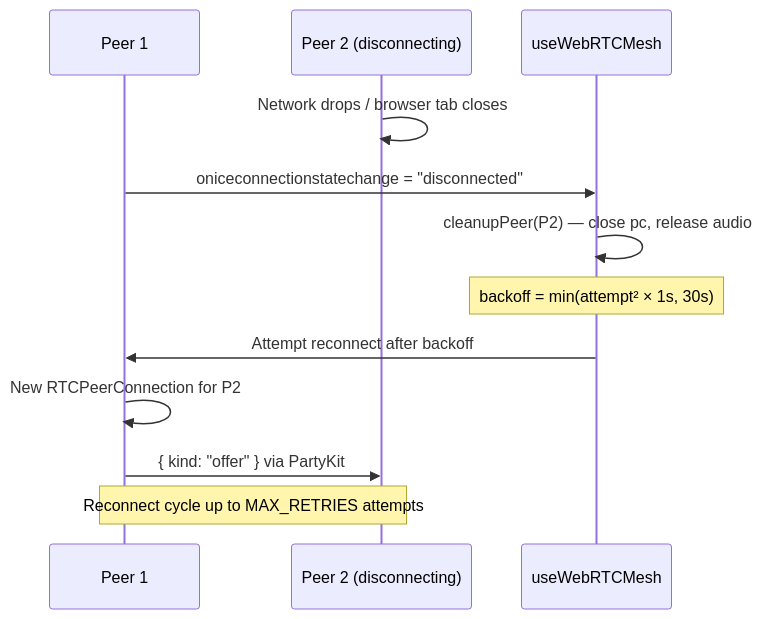
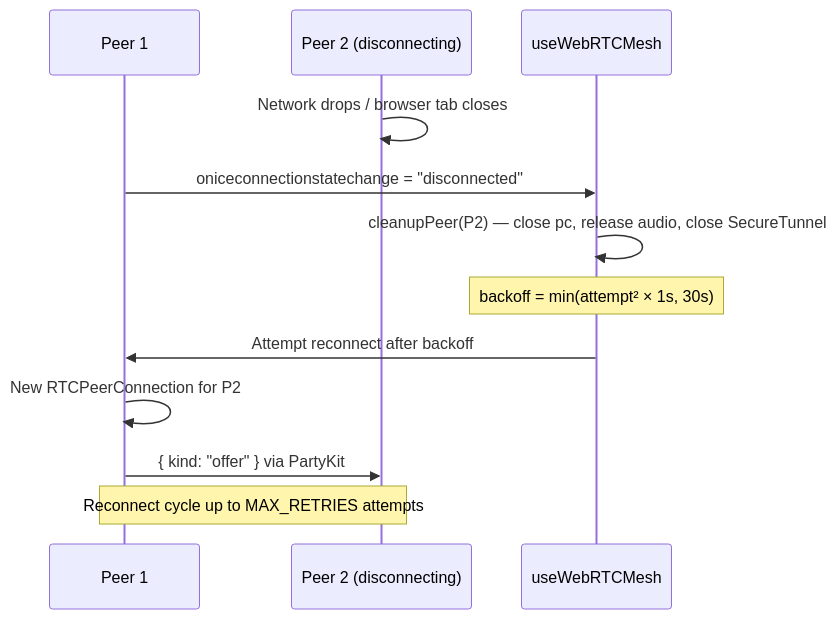
The fifth of 5 diagrams in docs/WEBRTC_MESH_ARCHITECTURE.md (SatyamPandey-07/WorkSphere), drawn with Mermaid before and after one commit. The commit also changed other lines of this file, not shown here.

Commit message:
docs: document DTLS handshake flow and SecureTunnel architecture

````diff
--- a/docs/WEBRTC_MESH_ARCHITECTURE.md
+++ b/docs/WEBRTC_MESH_ARCHITECTURE.md
@@ -89,15 +239,15 @@
 ```mermaid
 sequenceDiagram
     participant P1 as Peer 1
     participant P2 as Peer 2 (disconnecting)
     participant Hook as useWebRTCMesh
 
     P2->>P2: Network drops / browser tab closes
     P1->>Hook: oniceconnectionstatechange = "disconnected"
-    Hook->>Hook: cleanupPeer(P2) — close pc, release audio
+    Hook->>Hook: cleanupPeer(P2) — close pc, release audio, close SecureTunnel
     Note over Hook: backoff = min(attempt² × 1s, 30s)
     Hook->>P1: Attempt reconnect after backoff
     P1->>P1: New RTCPeerConnection for P2
     P1->>P2: { kind: "offer" } via PartyKit
     Note over P1,P2: Reconnect cycle up to MAX_RETRIES attempts
 ```
````
